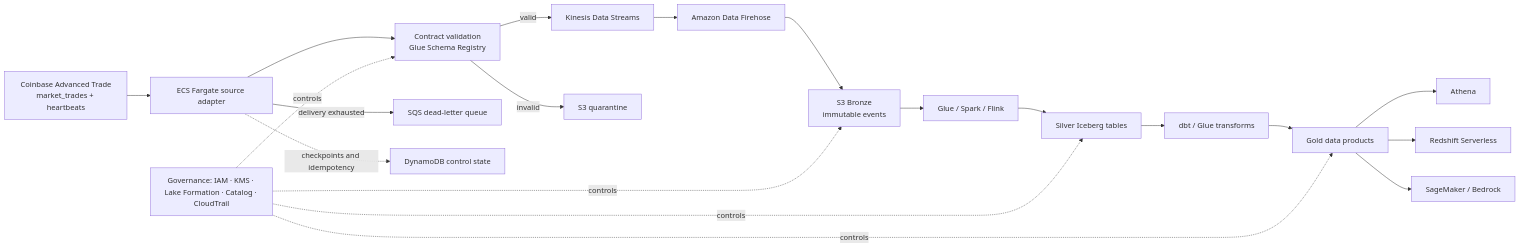
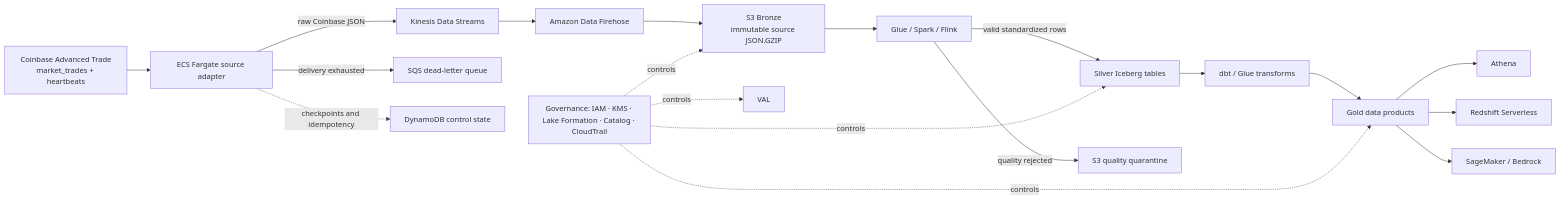
One commit to PARESHRANJAN299/Data_Architecture_Engineering_2026_Paresh changed the second of 2 diagrams in 10_Projects_Portfolio/LCA_Governed_Source_to_Gold_Streaming_AI_Data_Platform/README.md. Above: the diagram before and after it, drawn with Mermaid. The commit also changed other lines of this file and 16 other files, not shown here.

Commit message:
Add Phase 1 source-to-Silver architecture guide

````diff
--- a/10_Projects_Portfolio/LCA_Governed_Source_to_Gold_Streaming_AI_Data_Platform/README.md
+++ b/10_Projects_Portfolio/LCA_Governed_Source_to_Gold_Streaming_AI_Data_Platform/README.md
@@ -54,24 +54,23 @@
 ```mermaid
 flowchart LR
     SRC[Coinbase Advanced Trade<br/>market_trades + heartbeats] --> ECS[ECS Fargate source adapter]
-    ECS --> VAL[Contract validation<br/>Glue Schema Registry]
-    VAL -->|valid| KDS[Kinesis Data Streams]
-    VAL -->|invalid| QUAR[S3 quarantine]
+    ECS -->|raw Coinbase JSON| KDS[Kinesis Data Streams]
     ECS -->|delivery exhausted| DLQ[SQS dead-letter queue]
     ECS -. checkpoints and idempotency .-> DDB[DynamoDB control state]
 
     KDS --> FH[Amazon Data Firehose]
-    FH --> BR[S3 Bronze<br/>immutable events]
+    FH --> BR[S3 Bronze<br/>immutable source JSON.GZIP]
     BR --> ETL[Glue / Spark / Flink]
-    ETL --> SI[Silver Iceberg tables]
+    ETL -->|valid standardized rows| SI[Silver Iceberg tables]
+    ETL -->|quality rejected| QUAR[S3 quality quarantine]
     SI --> TR[dbt / Glue transforms]
     TR --> GO[Gold data products]
     GO --> ATH[Athena]
     GO --> RS[Redshift Serverless]
     GO --> AI[SageMaker / Bedrock]
 
     GOV[Governance: IAM · KMS · Lake Formation · Catalog · CloudTrail] -. controls .-> VAL
     GOV -. controls .-> BR
     GOV -. controls .-> SI
     GOV -. controls .-> GO
 ```
````
